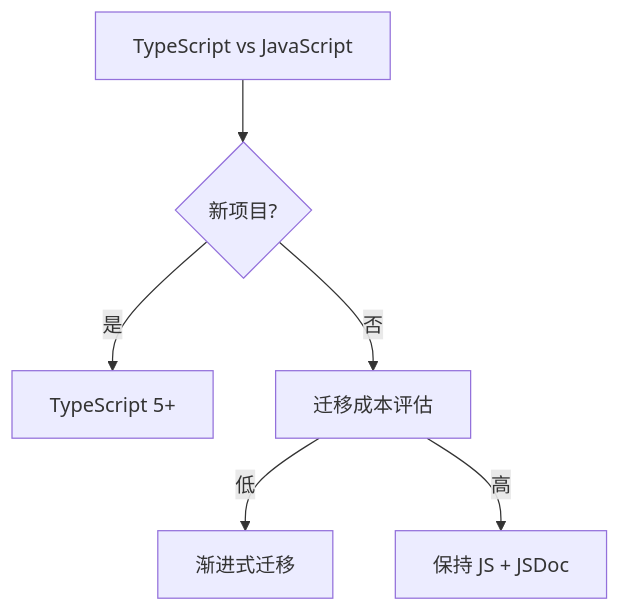
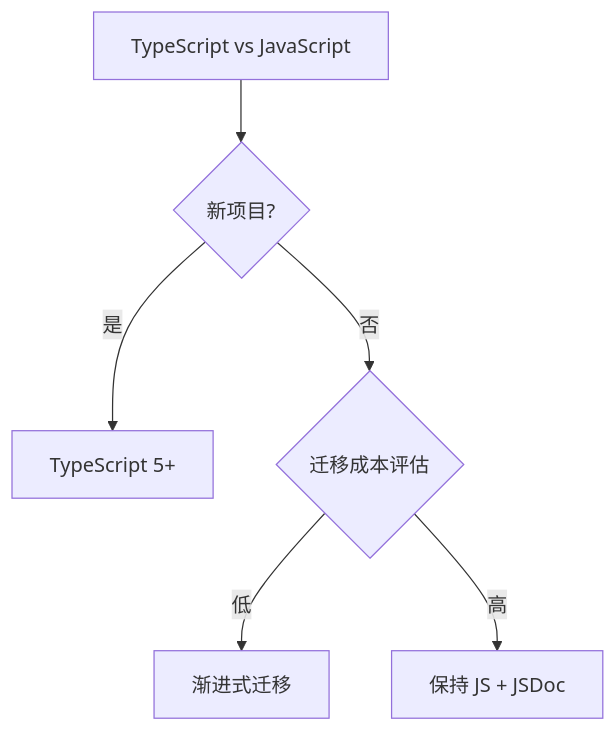
Before and after one commit to wb04307201/wb04307201: the second of 2 diagrams in note/09.front-end/02-language/README.md, drawn with Mermaid. The commit also changed other lines of this file and 8 other files, not shown here.

````diff
--- a/note/09.front-end/02-language/README.md
+++ b/note/09.front-end/02-language/README.md
@@ -39,8 +58,8 @@
 ```mermaid
 flowchart TD
     A[TypeScript vs JavaScript] --> B{新项目?}
     B -->|是| C[TypeScript 5+]
-    B -->|否| D[迁移成本评估]
+    B -->|否| D{迁移成本评估}
     D -->|低| E[渐进式迁移]
     D -->|高| F[保持 JS + JSDoc]
 ```
````
